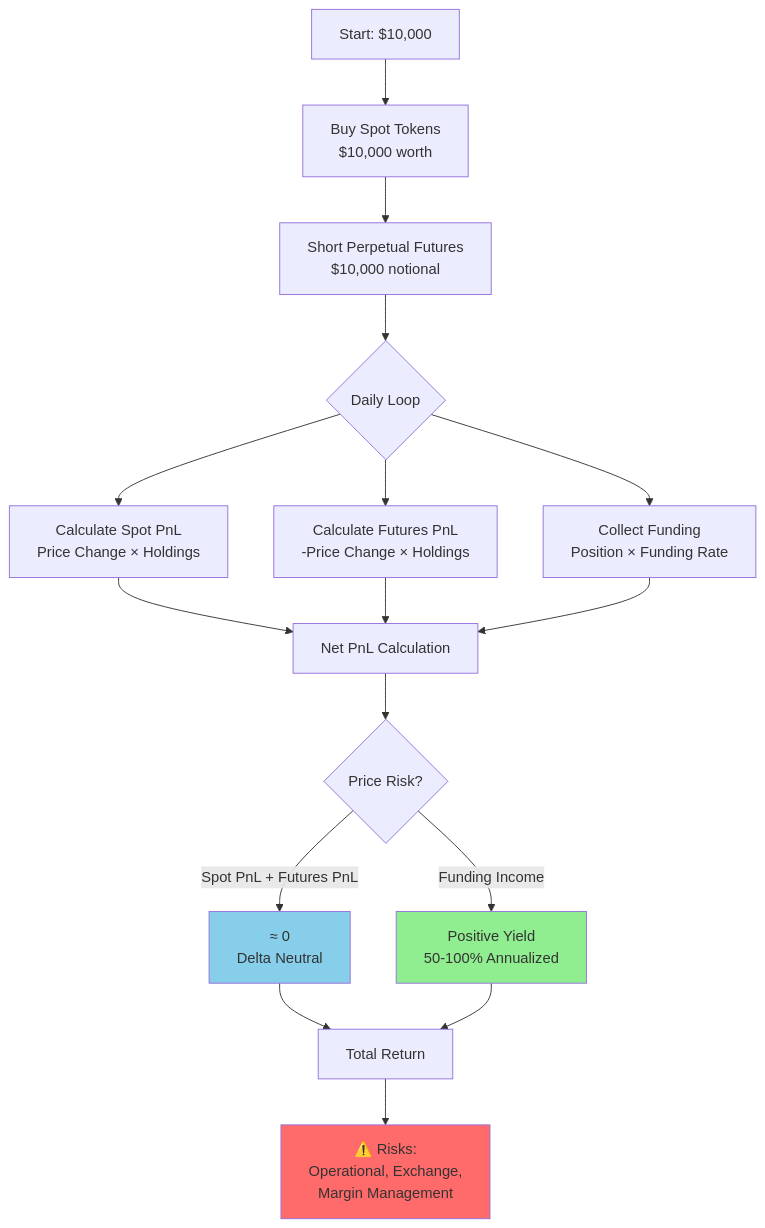
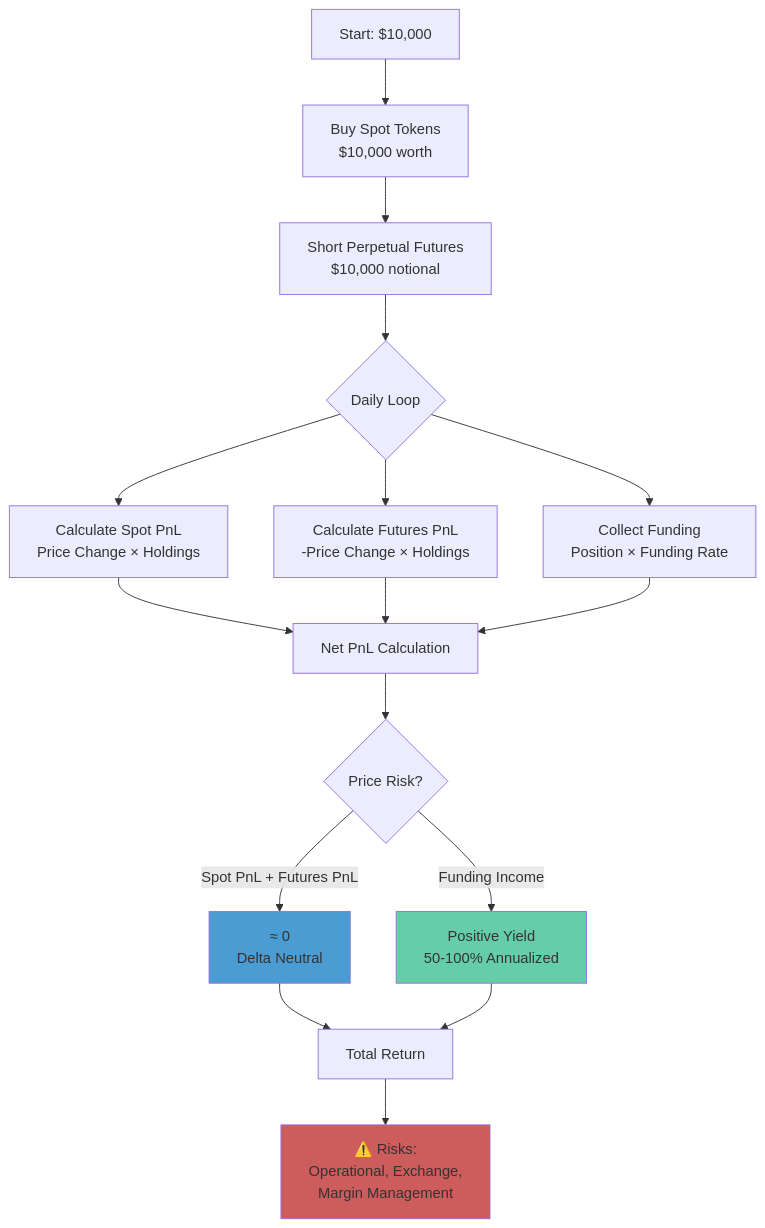
The seventh of 8 diagrams in README.md (tripp-smith/benn_eifert_talks), drawn with Mermaid before and after one commit. The commit also changed other lines of this file, not shown here.

````diff
--- a/README.md
+++ b/README.md
@@ -212,28 +214,28 @@
 ```mermaid
 flowchart TD
-    Start[Start: $10,000] --> BuySpot[Buy Spot Tokens<br/>$10,000 worth]
-    BuySpot --> ShortPerp[Short Perpetual Futures<br/>$10,000 notional]
+    StrategyStart["Start: $10,000"] --> BuySpotTokens["Buy Spot Tokens<br/>$10,000 worth"]
+    BuySpotTokens --> ShortPerpFutures["Short Perpetual Futures<br/>$10,000 notional"]
     
-    ShortPerp --> DailyLoop{Daily Loop}
+    ShortPerpFutures --> DailyLoopDecision{"Daily Loop"}
     
-    DailyLoop --> CalcSpot[Calculate Spot PnL<br/>Price Change × Holdings]
-    DailyLoop --> CalcFutures[Calculate Futures PnL<br/>-Price Change × Holdings]
-    DailyLoop --> CollectFunding[Collect Funding<br/>Position × Funding Rate]
+    DailyLoopDecision --> CalculateSpotPnL["Calculate Spot PnL<br/>Price Change × Holdings"]
+    DailyLoopDecision --> CalculateFuturesPnL["Calculate Futures PnL<br/>-Price Change × Holdings"]
+    DailyLoopDecision --> CollectFundingPayment["Collect Funding<br/>Position × Funding Rate"]
     
-    CalcSpot --> NetPnL[Net PnL Calculation]
-    CalcFutures --> NetPnL
-    CollectFunding --> NetPnL
+    CalculateSpotPnL --> NetPnLCalculation["Net PnL Calculation"]
+    CalculateFuturesPnL --> NetPnLCalculation
+    CollectFundingPayment --> NetPnLCalculation
     
-    NetPnL --> Check{Price Risk?}
-    Check -->|Spot PnL + Futures PnL| Canceled[≈ 0<br/>Delta Neutral]
-    Check -->|Funding Income| Positive[Positive Yield<br/>50-100% Annualized]
+    NetPnLCalculation --> PriceRiskCheck{"Price Risk?"}
+    PriceRiskCheck -->|"Spot PnL + Futures PnL"| DeltaNeutralResult["≈ 0<br/>Delta Neutral"]
+    PriceRiskCheck -->|"Funding Income"| PositiveYieldResult["Positive Yield<br/>50-100% Annualized"]
     
-    Canceled --> TotalReturn[Total Return]
-    Positive --> TotalReturn
+    DeltaNeutralResult --> TotalReturnValue["Total Return"]
+    PositiveYieldResult --> TotalReturnValue
     
-    TotalReturn --> Risks[⚠️ Risks:<br/>Operational, Exchange,<br/>Margin Management]
+    TotalReturnValue --> StrategyRisks["⚠️ Risks:<br/>Operational, Exchange,<br/>Margin Management"]
     
-    style Canceled fill:#87ceeb
-    style Positive fill:#90ee90
-    style Risks fill:#ff6b6b
+    style DeltaNeutralResult fill:#4B9CD3
+    style PositiveYieldResult fill:#66CDAA
+    style StrategyRisks fill:#CD5C5C
 ```
````
